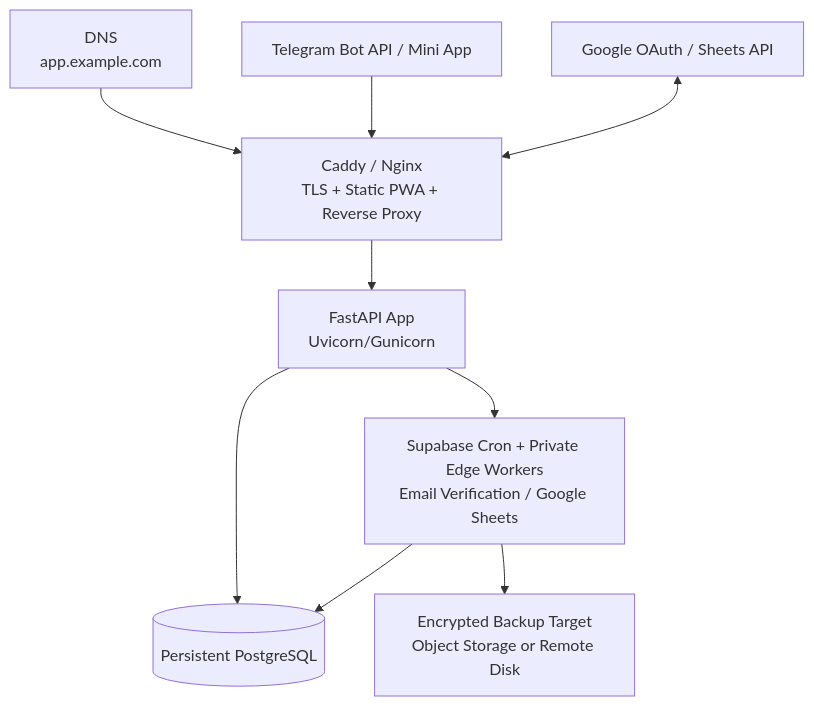
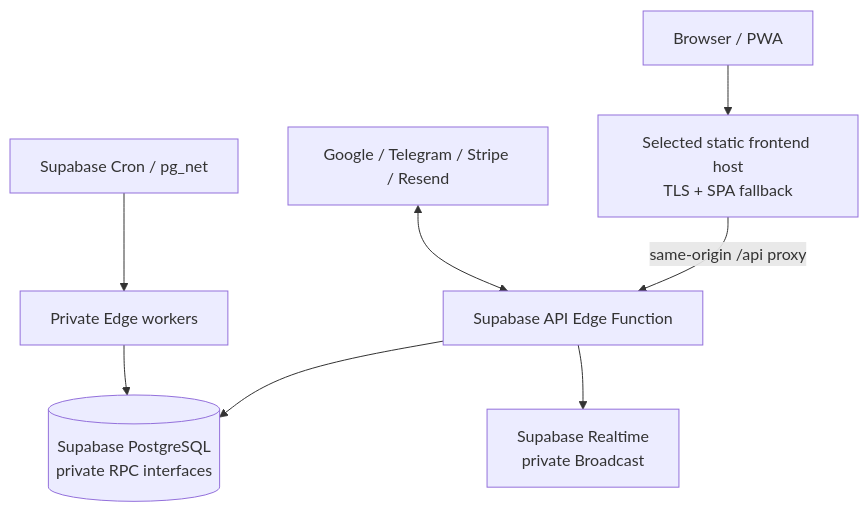
Before and after one commit to qrtman/adaptive_lifting: the ninth of 9 diagrams in architecture.md, drawn with Mermaid. The commit also changed other lines of this file and 12 other files, not shown here.

````diff
--- a/architecture.md
+++ b/architecture.md
@@ -1444,11 +1444,10 @@
 ```mermaid
 graph TD
-    DNS["DNS<br/>app.example.com"] --> Proxy["Caddy / Nginx<br/>TLS + Static PWA + Reverse Proxy"]
-    Proxy --> API["FastAPI App<br/>Uvicorn/Gunicorn"]
-    API --> DB[("Persistent PostgreSQL")]
-    API --> Worker["Supabase Cron + Private Edge Workers<br/>Email Verification / Google Sheets"]
-    Worker --> DB
-    Worker --> Backup["Encrypted Backup Target<br/>Object Storage or Remote Disk"]
-    Telegram["Telegram Bot API / Mini App"] --> Proxy
-    Google["Google OAuth / Sheets API"] <--> Proxy
+    Browser["Browser / PWA"] --> Host["Selected static frontend host<br/>TLS + SPA fallback"]
+    Host -->|same-origin /api proxy| API["Supabase API Edge Function"]
+    API --> DB[("Supabase PostgreSQL<br/>private RPC interfaces")]
+    Cron["Supabase Cron / pg_net"] --> Workers["Private Edge workers"]
+    Workers --> DB
+    API --> Realtime["Supabase Realtime<br/>private Broadcast"]
+    Providers["Google / Telegram / Stripe / Resend"] <--> API
 ```
````
